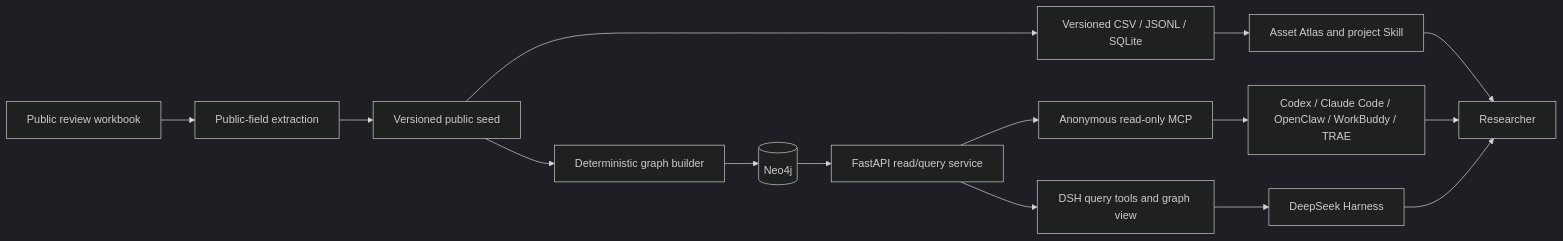
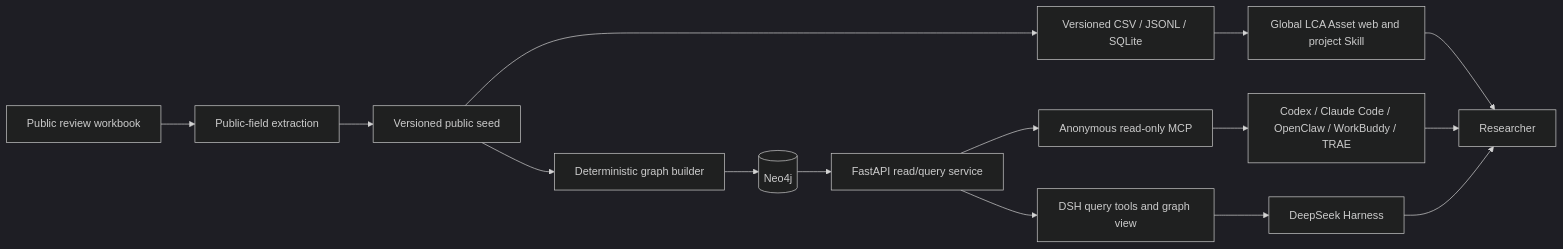
The first of 3 diagrams in docs/architecture.md (jianchuanqi/global-lca-asset), drawn with Mermaid (dark theme) before and after one commit. The commit also changed other lines of this file and 308 other files, not shown here.

````diff
--- a/docs/architecture.md
+++ b/docs/architecture.md
@@ -7,17 +7,17 @@
 ```mermaid
 flowchart LR
     W[Public review workbook] --> P[Public-field extraction]
     P --> S[Versioned public seed]
     S --> K[Versioned CSV / JSONL / SQLite]
-    K --> T[Asset Atlas and project Skill]
+    K --> T[Global LCA Asset web and project Skill]
     S --> I[Deterministic graph builder]
     I --> N[(Neo4j)]
     N --> A[FastAPI read/query service]
     A --> M[Anonymous read-only MCP]
     M --> H[Codex / Claude Code / OpenClaw / WorkBuddy / TRAE]
     A --> D[DSH query tools and graph view]
     D --> H2[DeepSeek Harness]
     T --> U[Researcher]
     H --> U[Researcher]
     H2 --> U
 ```
````
